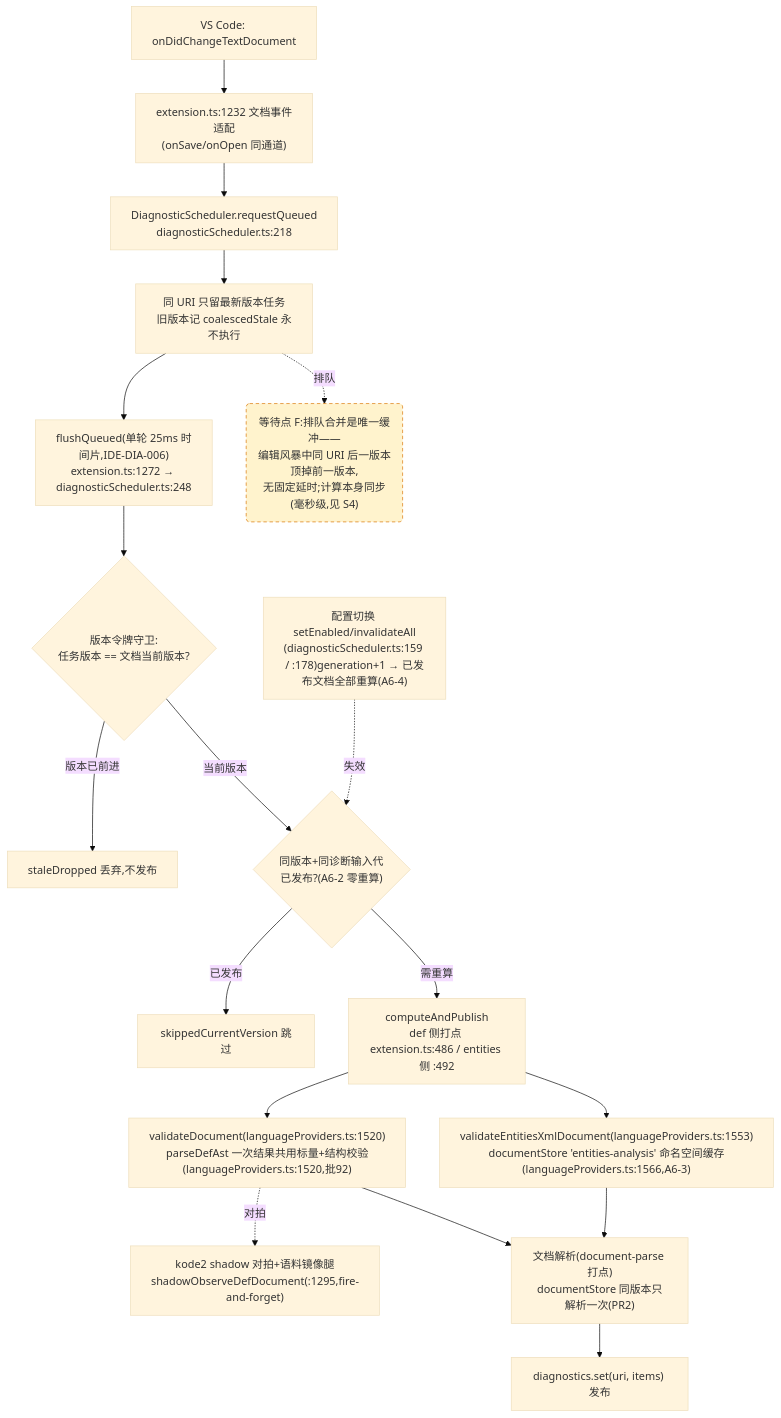
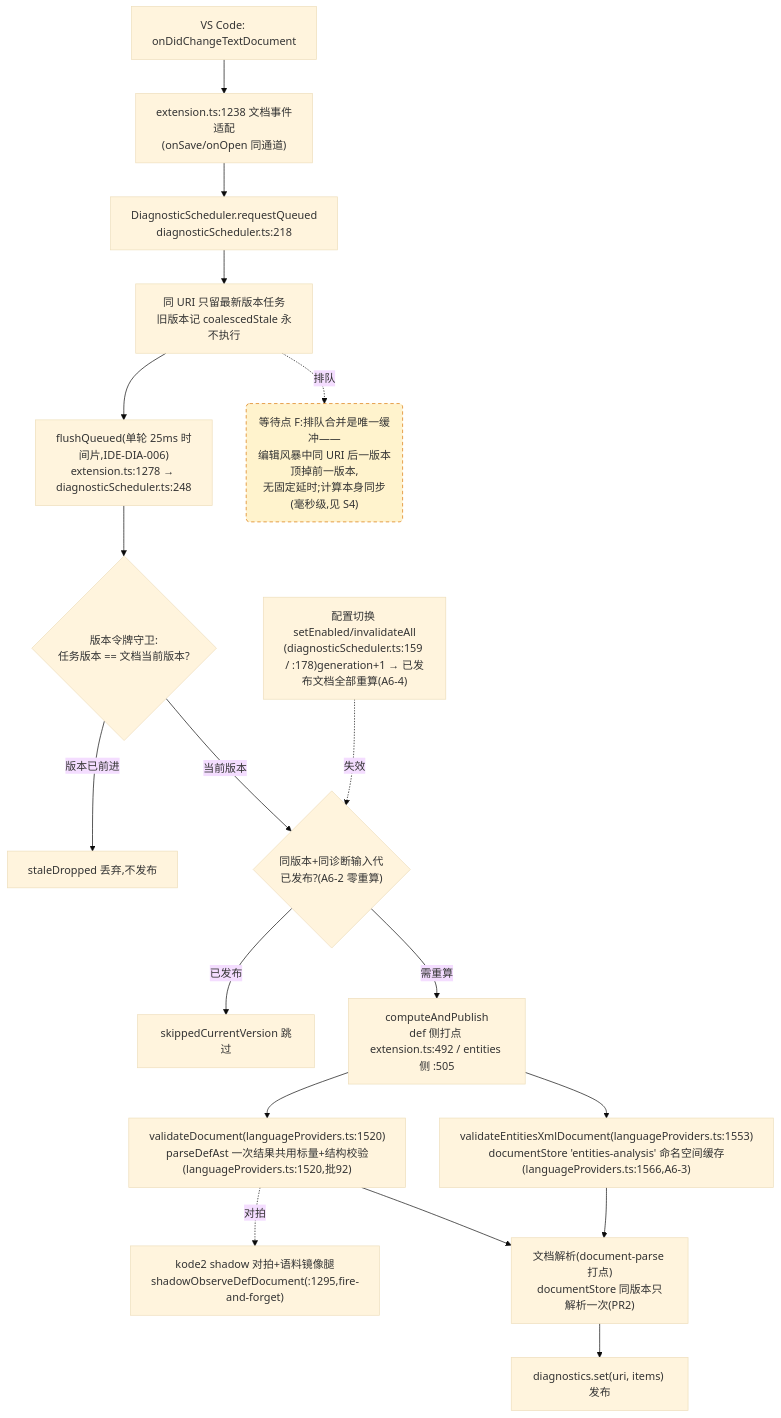
Before and after one commit to cuihairu/kode: the fourth of 4 diagrams in docs/perf/2026-baseline.md, drawn with Mermaid (base theme). The commit also changed other lines of this file and 8 other files, not shown here.

````diff
--- a/docs/perf/2026-baseline.md
+++ b/docs/perf/2026-baseline.md
@@ -214,38 +214,38 @@
 ```mermaid
 flowchart TD
   CHG["VS Code: onDidChangeTextDocument"]
-  WATCH["extension.ts:1232 文档事件适配<br/>(onSave/onOpen 同通道)"]
+  WATCH["extension.ts:1238 文档事件适配<br/>(onSave/onOpen 同通道)"]
   RQ["DiagnosticScheduler.requestQueued<br/>diagnosticScheduler.ts:218"]
   CO["同 URI 只留最新版本任务<br/>旧版本记 coalescedStale 永不执行"]
-  FL["flushQueued(单轮 25ms 时间片,IDE-DIA-006)<br/>extension.ts:1272 → diagnosticScheduler.ts:248"]
+  FL["flushQueued(单轮 25ms 时间片,IDE-DIA-006)<br/>extension.ts:1278 → diagnosticScheduler.ts:248"]
   VG{"版本令牌守卫:<br/>任务版本 == 文档当前版本?"}
   DROP["staleDropped 丢弃,不发布"]
   GEN{"同版本+同诊断输入代<br/>已发布?(A6-2 零重算)"}
   SKIP["skippedCurrentVersion 跳过"]
-  CALC["computeAndPublish<br/>def 侧打点 extension.ts:486 / entities 侧 :492"]
+  CALC["computeAndPublish<br/>def 侧打点 extension.ts:492 / entities 侧 :505"]
   VD["validateDocument(languageProviders.ts:1520)<br/>parseDefAst 一次结果共用标量+结构校验(languageProviders.ts:1520,批92)"]
   VEX["validateEntitiesXmlDocument(languageProviders.ts:1553)<br/>documentStore 'entities-analysis' 命名空间缓存(languageProviders.ts:1566,A6-3)"]
   SHDD["kode2 shadow 对拍+语料镜像腿<br/>shadowObserveDefDocument(:1295,fire-and-forget)"]
   DS["文档解析(document-parse 打点)<br/>documentStore 同版本只解析一次(PR2)"]
   PUB["diagnostics.set(uri, items) 发布"]
   CFG2["配置切换 setEnabled/invalidateAll<br/>(diagnosticScheduler.ts:159 / :178)generation+1 → 已发布文档全部重算(A6-4)"]
 
   CHG --> WATCH --> RQ --> CO --> FL --> VG
   VG -- "版本已前进" --> DROP
   VG -- "当前版本" --> GEN
   GEN -- "已发布" --> SKIP
   GEN -- "需重算" --> CALC
   CALC --> VD
   CALC --> VEX
   VD --> DS
   VEX --> DS
   DS --> PUB
   VD -.->|对拍| SHDD
   CFG2 -.->|失效| GEN
 
   WAITF("等待点 F:排队合并是唯一缓冲——<br/>编辑风暴中同 URI 后一版本顶掉前一版本,<br/>无固定延时;计算本身同步(毫秒级,见 S4)")
   CO -.->|排队| WAITF
 
   classDef waitPoint fill:#fff3cd,stroke:#d97706,stroke-dasharray:5 4;
   class WAITF waitPoint;
 ```
````
